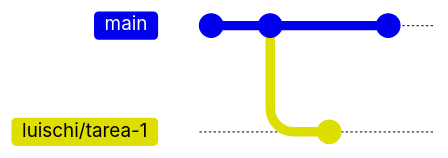
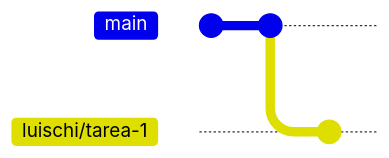
The first of 2 diagrams in README.md (luischigar/mdw101-cv-task1), drawn with Mermaid before and after one commit. Commit ids are hidden.

````diff
--- a/README.md
+++ b/README.md
@@ -131,9 +131,8 @@
 ```mermaid
     gitGraph
        commit
        commit
        branch luischi/tarea-1
        commit
        checkout main
-       commit
 ```
````
